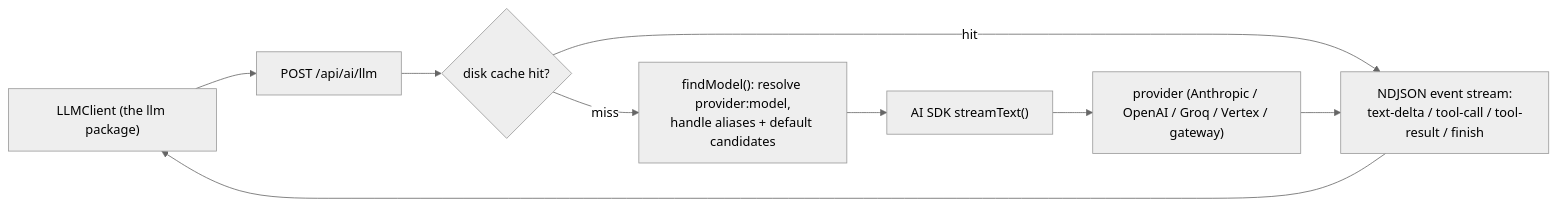
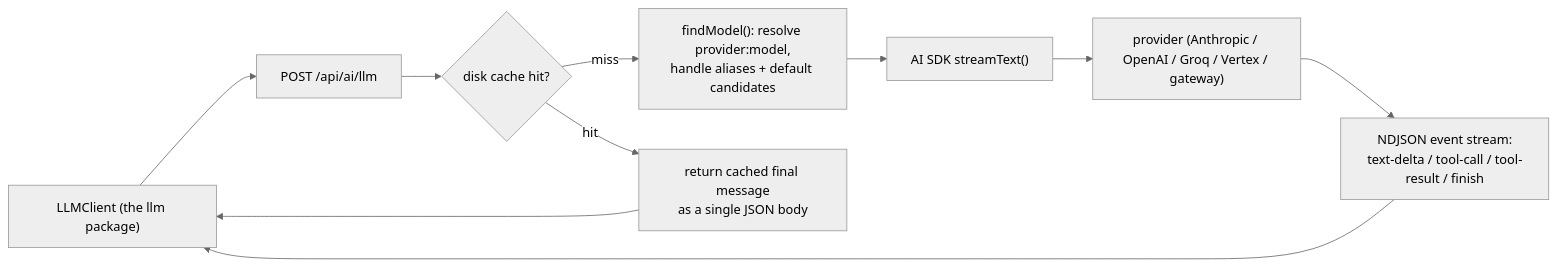
Before and after one commit to commontoolsinc/labs: the third of 4 diagrams in docs/development/orientation/backend.md, drawn with Mermaid (neutral theme). The commit also changed other lines of this file and 7 other files, not shown here.

First line of the commit message:
docs(orientation): correct flow diagrams and interpretive claims

````diff
--- a/docs/development/orientation/backend.md
+++ b/docs/development/orientation/backend.md
@@ -112,14 +113,15 @@
 ```mermaid
 flowchart LR
     client["LLMClient (the llm package)"]
     post["POST /api/ai/llm"]
     cache{"disk cache hit?"}
     find["findModel(): resolve provider:model,<br/>handle aliases + default candidates"]
     stream["AI SDK streamText()"]
     prov["provider (Anthropic / OpenAI / Groq / Vertex / gateway)"]
     ndjson["NDJSON event stream:<br/>text-delta / tool-call / tool-result / finish"]
+    cached["return cached final message<br/>as a single JSON body"]
 
     client --> post --> cache
-    cache -->|hit| ndjson
+    cache -->|hit| cached --> client
     cache -->|miss| find --> stream --> prov --> ndjson --> client
 ```
````
